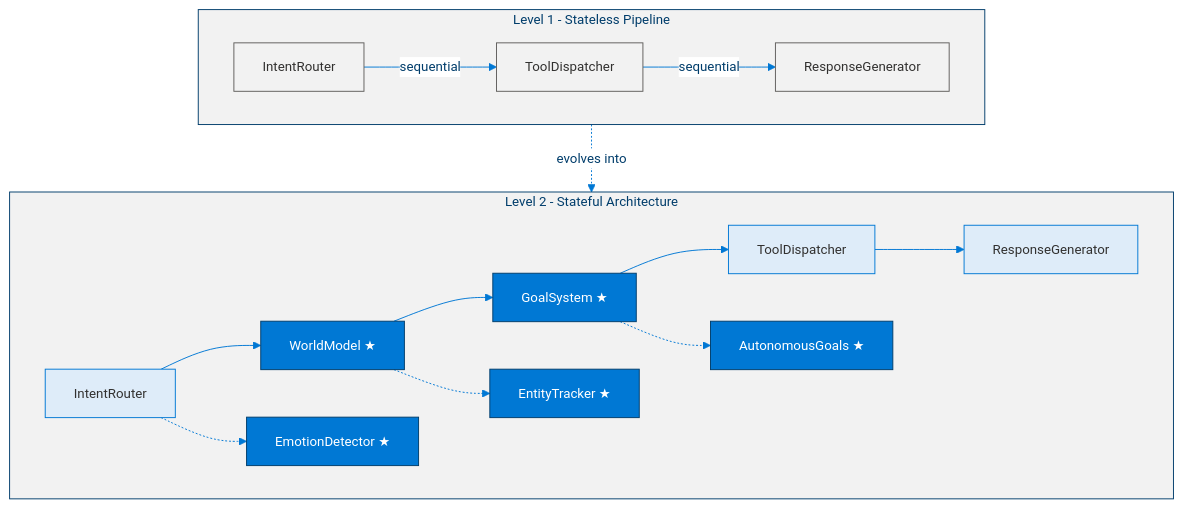
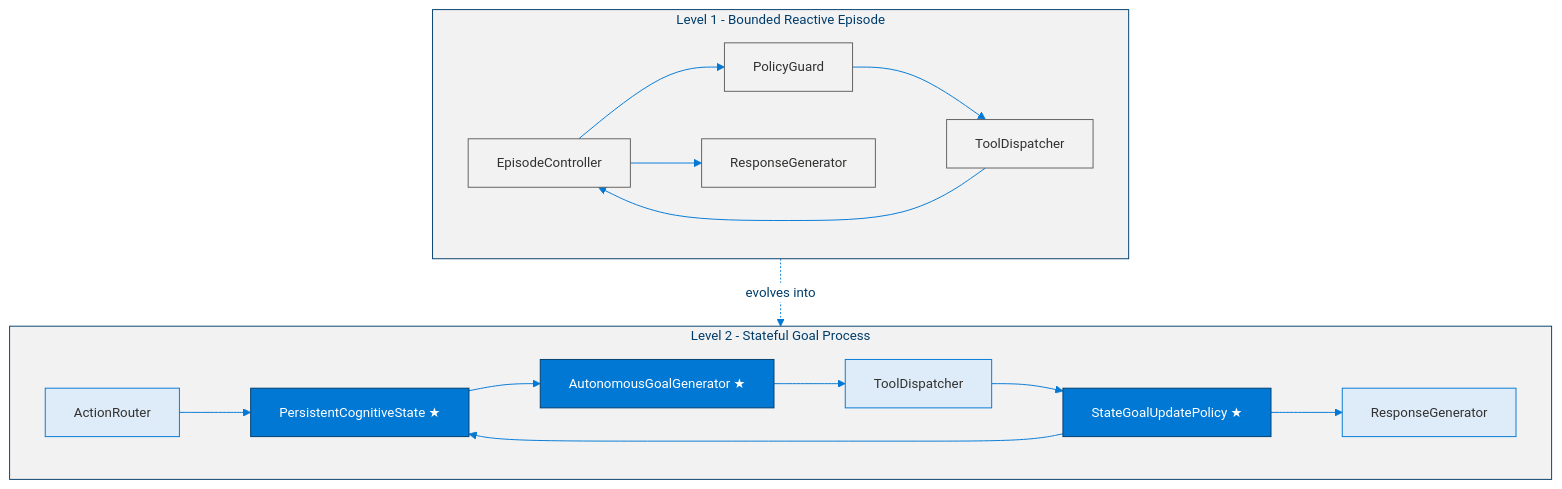
One commit to dotnetpower/mscp changed the seventh of 7 diagrams in docs/levels/Level_1_Tool_Agent.md. Above: the diagram before and after it, drawn with Mermaid. The commit also changed other lines of this file and 21 other files, not shown here.

````diff
--- a/docs/levels/Level_1_Tool_Agent.md
+++ b/docs/levels/Level_1_Tool_Agent.md
@@ -509,32 +566,29 @@
 ```mermaid
 %%{init: {'theme': 'base', 'themeVariables': {'primaryColor': '#0078D4', 'primaryTextColor': '#003D6B', 'primaryBorderColor': '#003D6B', 'secondaryColor': '#50E6FF', 'secondaryTextColor': '#323130', 'secondaryBorderColor': '#00BCF2', 'tertiaryColor': '#F2F2F2', 'tertiaryTextColor': '#323130', 'lineColor': '#0078D4', 'textColor': '#323130', 'mainBkg': '#DEECF9', 'nodeBorder': '#0078D4', 'clusterBkg': '#F2F2F2', 'clusterBorder': '#003D6B', 'titleColor': '#003D6B', 'edgeLabelBackground': '#FFFFFF', 'fontSize': '14px'}}}%%
 flowchart TD
   classDef l1Light fill:#F2F2F2,stroke:#605E5C,color:#323130
   classDef l2Light fill:#DEECF9,stroke:#0078D4,color:#323130
   classDef l2New fill:#0078D4,stroke:#003D6B,color:#FFF
 
-  subgraph L1["Level 1 - Stateless Pipeline"]
-    IR1["IntentRouter"]:::l1Light
+  subgraph L1["Level 1 - Bounded Reactive Episode"]
+    EC1["EpisodeController"]:::l1Light
+    PG1["PolicyGuard"]:::l1Light
     TD1["ToolDispatcher"]:::l1Light
     RG1["ResponseGenerator"]:::l1Light
-    IR1 -->|"sequential"| TD1 -->|"sequential"| RG1
+    EC1 --> PG1 --> TD1 --> EC1
+    EC1 --> RG1
   end
 
-  subgraph L2["Level 2 - Stateful Architecture"]
-    IR2["IntentRouter"]:::l2Light
-    WM["WorldModel ★"]:::l2New
-    GS["GoalSystem ★"]:::l2New
+  subgraph L2["Level 2 - Stateful Goal Process"]
+    AR2["ActionRouter"]:::l2Light
+    PS["PersistentCognitiveState ★"]:::l2New
+    GG["AutonomousGoalGenerator ★"]:::l2New
+    UP["StateGoalUpdatePolicy ★"]:::l2New
     TD2["ToolDispatcher"]:::l2Light
     RG2["ResponseGenerator"]:::l2Light
-    IR2 --> WM --> GS --> TD2 --> RG2
-
-    ED["EmotionDetector ★"]:::l2New
-    ET["EntityTracker ★"]:::l2New
-    AG["AutonomousGoals ★"]:::l2New
-    IR2 -.-> ED
-    WM -.-> ET
-    GS -.-> AG
+    AR2 --> PS --> GG --> TD2 --> UP --> PS
+    UP --> RG2
   end
 
   L1 -.->|"evolves into"| L2
 ```
````
